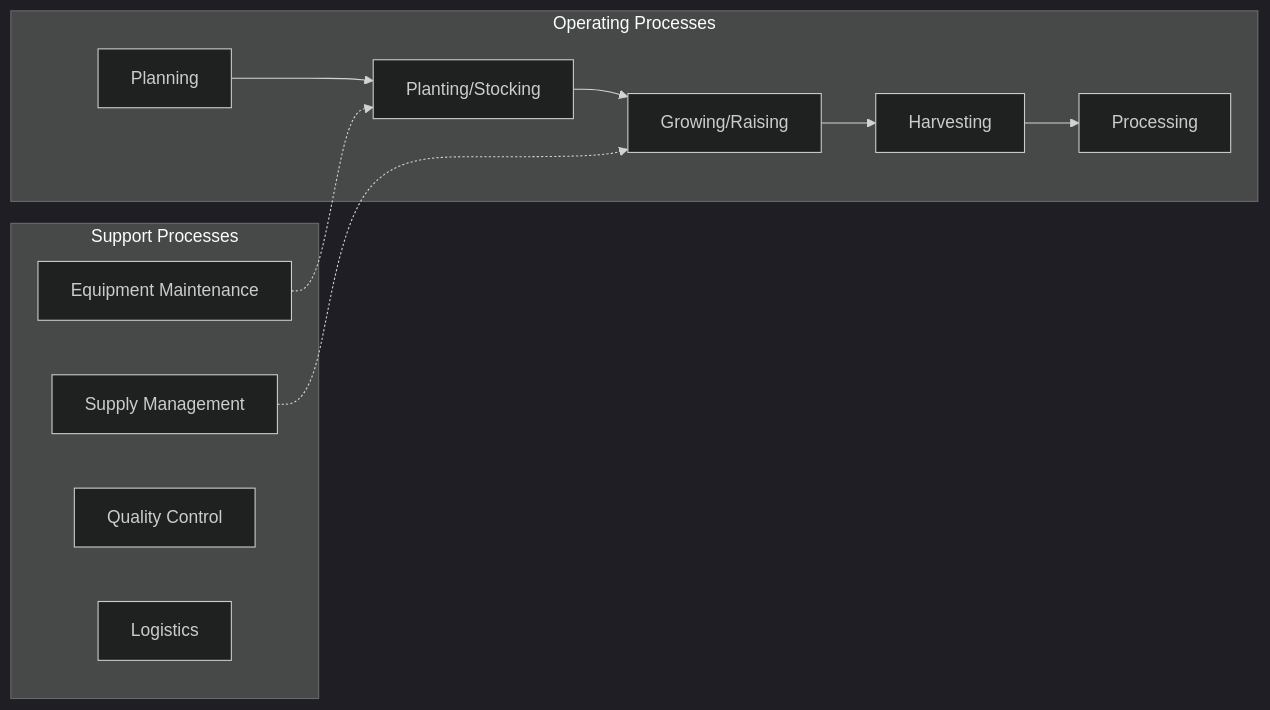
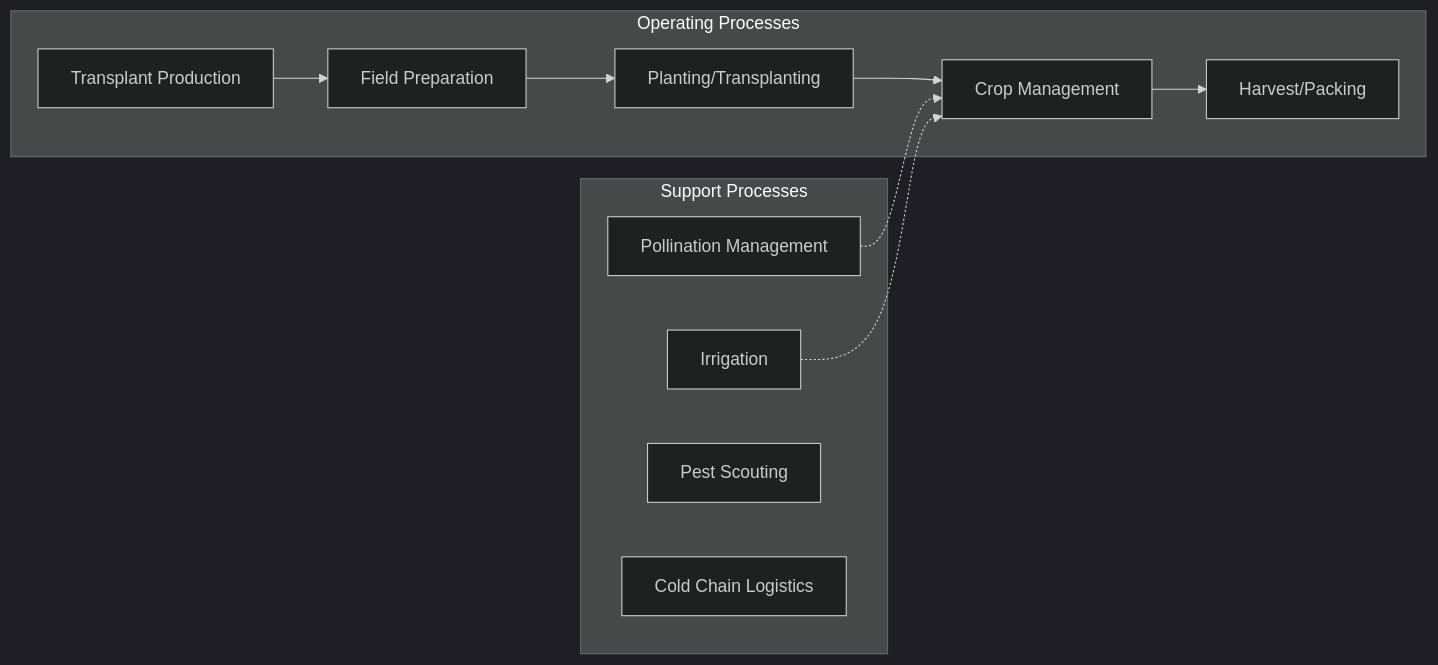
The second of 3 diagrams in industries/Agriculture/CropProduction/MelonFarming.mdx (kziemski/business.org.ai), drawn with Mermaid (dark theme) before and after one commit. The commit also changed other lines of this file and 19 other files, not shown here.

First line of the commit message:
feat: enrich industry files and add sequence diagrams to processes

````diff
--- a/industries/Agriculture/CropProduction/MelonFarming.mdx
+++ b/industries/Agriculture/CropProduction/MelonFarming.mdx
@@ -47,24 +63,24 @@
 ```mermaid
 flowchart LR
     subgraph Operating["Operating Processes"]
-        O1["Planning"]
-        O2["Planting/Stocking"]
-        O3["Growing/Raising"]
-        O4["Harvesting"]
-        O5["Processing"]
+        O1["Transplant Production"]
+        O2["Field Preparation"]
+        O3["Planting/Transplanting"]
+        O4["Crop Management"]
+        O5["Harvest/Packing"]
     end
 
     subgraph Support["Support Processes"]
-        S1["Equipment Maintenance"]
-        S2["Supply Management"]
-        S3["Quality Control"]
-        S4["Logistics"]
+        S1["Pollination Management"]
+        S2["Irrigation"]
+        S3["Pest Scouting"]
+        S4["Cold Chain Logistics"]
     end
 
     O1 --> O2
     O2 --> O3
     O3 --> O4
     O4 --> O5
-    S1 -.-> O2
-    S2 -.-> O3
+    S1 -.-> O4
+    S2 -.-> O4
 ```
````
